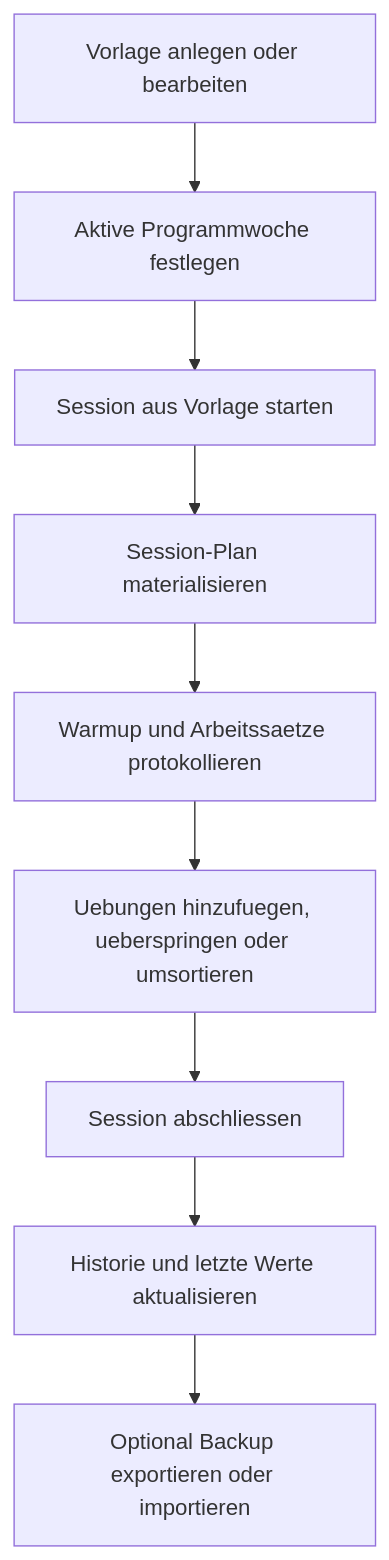
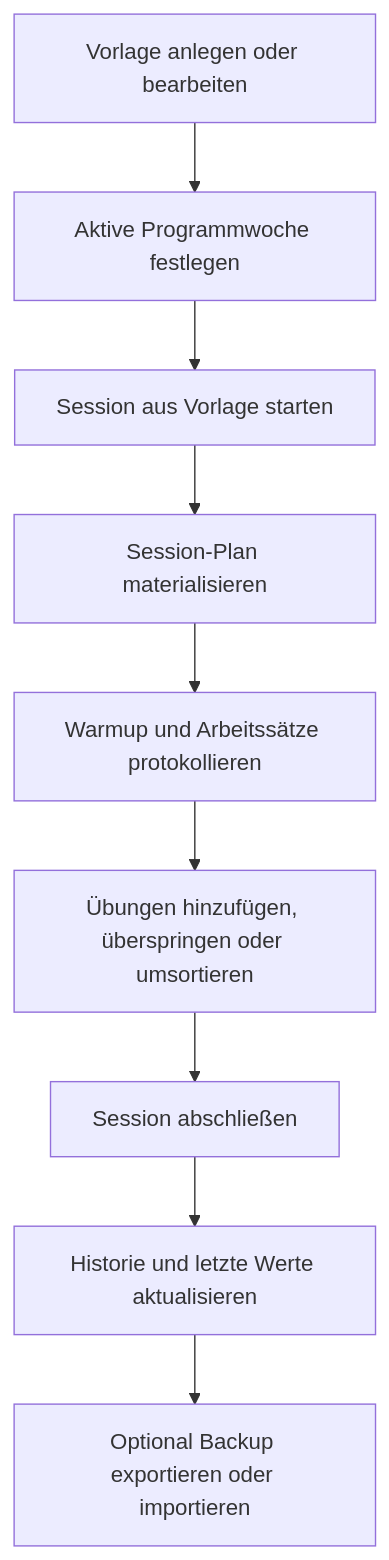
One commit to aotten77/gym-book changed the diagram in .trae/documents/prd-gym-book-pwa.md. Above: the diagram before and after it, drawn with Mermaid. The commit also changed other lines of this file and 63 other files, not shown here.

First line of the commit message:
Session-Bedienung entschärfen und Umlaute korrigieren

````diff
--- a/.trae/documents/prd-gym-book-pwa.md
+++ b/.trae/documents/prd-gym-book-pwa.md
@@ -39,11 +39,11 @@
 ```mermaid
 flowchart TD
     A["Vorlage anlegen oder bearbeiten"] --> B["Aktive Programmwoche festlegen"]
     B --> C["Session aus Vorlage starten"]
     C --> D["Session-Plan materialisieren"]
-    D --> E["Warmup und Arbeitssaetze protokollieren"]
-    E --> F["Uebungen hinzufuegen, ueberspringen oder umsortieren"]
-    F --> G["Session abschliessen"]
+    D --> E["Warmup und Arbeitssätze protokollieren"]
+    E --> F["Übungen hinzufügen, überspringen oder umsortieren"]
+    F --> G["Session abschließen"]
     G --> H["Historie und letzte Werte aktualisieren"]
     H --> I["Optional Backup exportieren oder importieren"]
 ```
````
